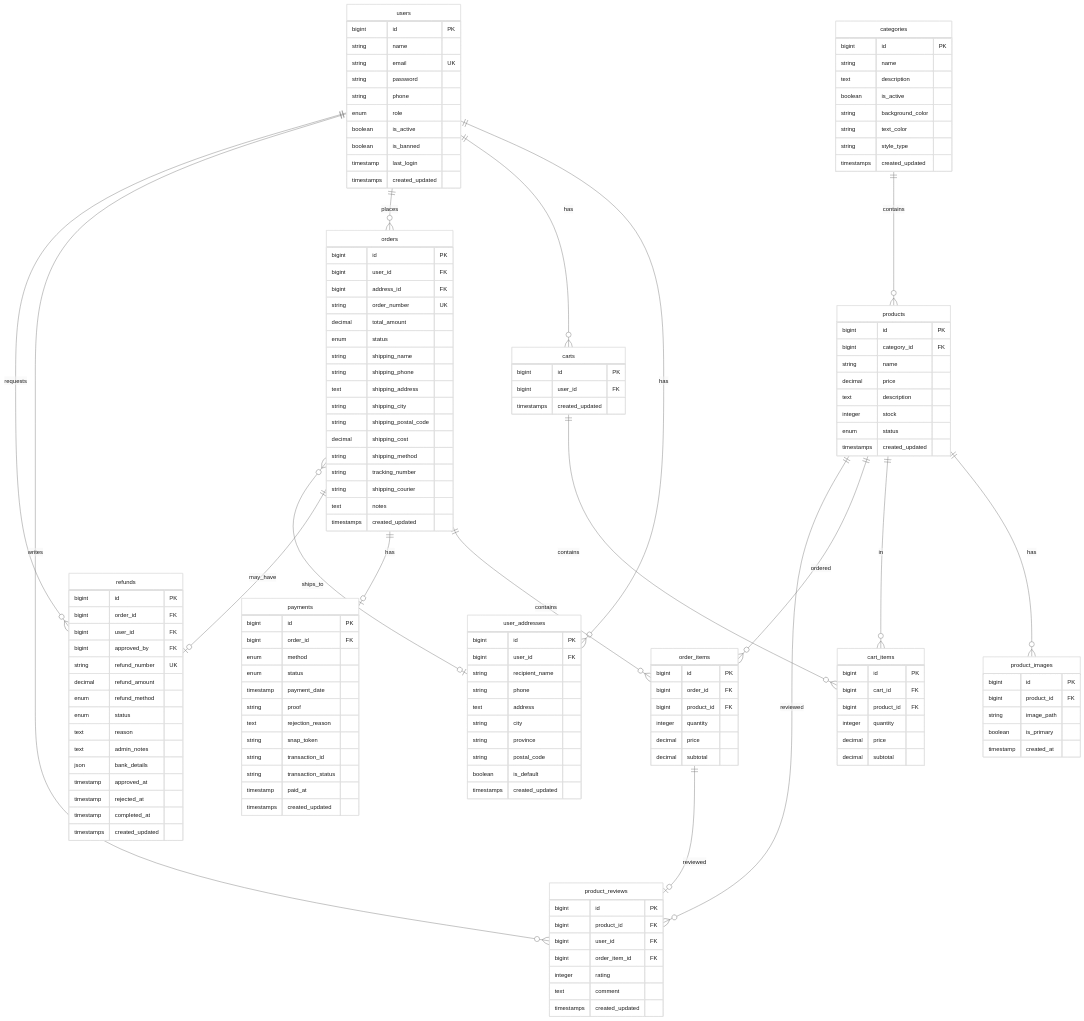
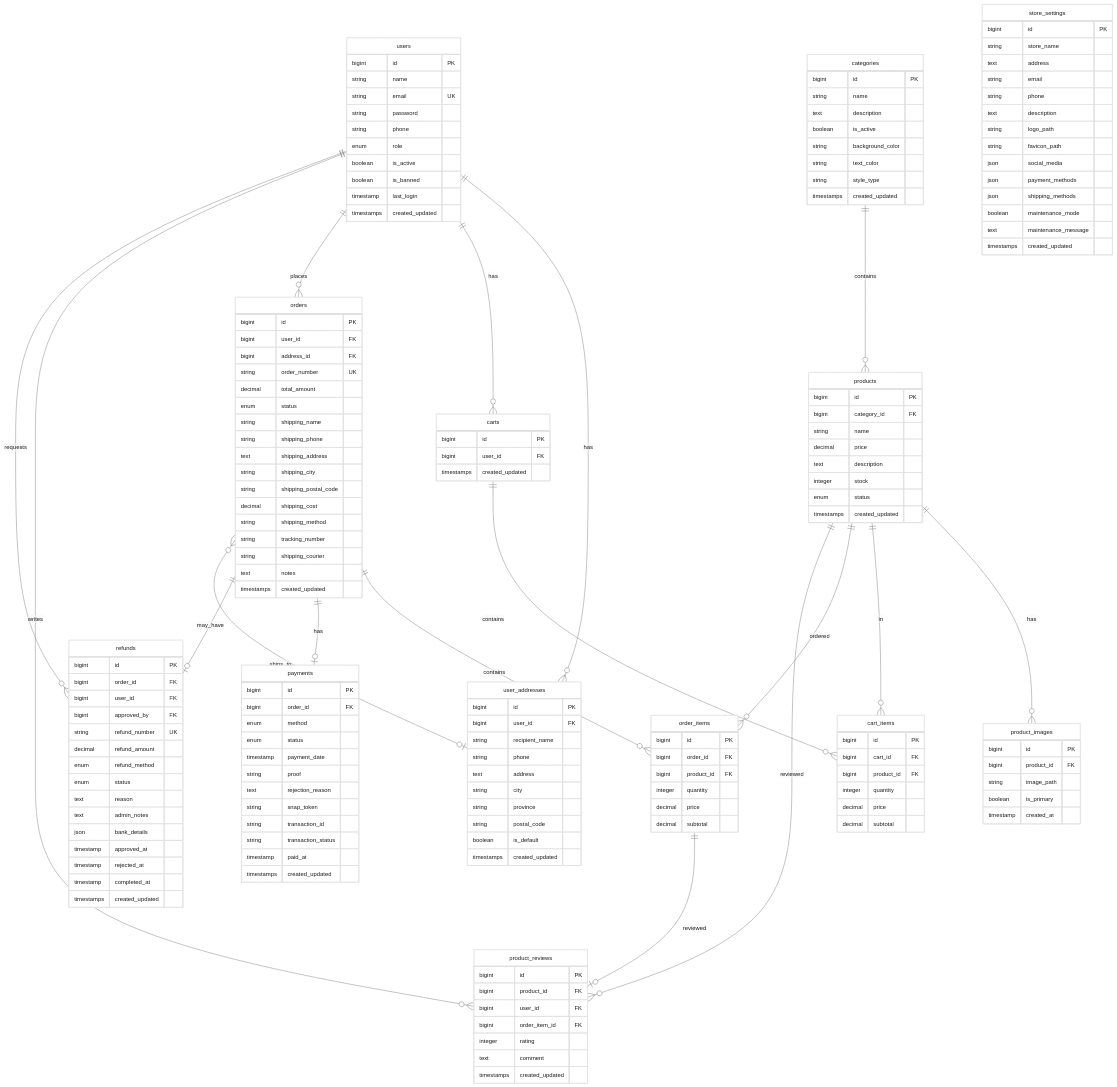
The diagram in ERD.md (alfrzdv/teoriwarna), drawn with Mermaid before and after one commit. The commit also changed other lines of this file and 5 other files, not shown here.

Commit message:
edit erd

````diff
--- a/ERD.md
+++ b/ERD.md
@@ -154,4 +154,20 @@
         timestamp completed_at
         timestamps created_updated
     }
+    store_settings {
+        bigint id PK
+        string store_name
+        text address
+        string email
+        string phone
+        text description
+        string logo_path
+        string favicon_path
+        json social_media
+        json payment_methods
+        json shipping_methods
+        boolean maintenance_mode
+        text maintenance_message
+        timestamps created_updated
+    }
 ```
````
